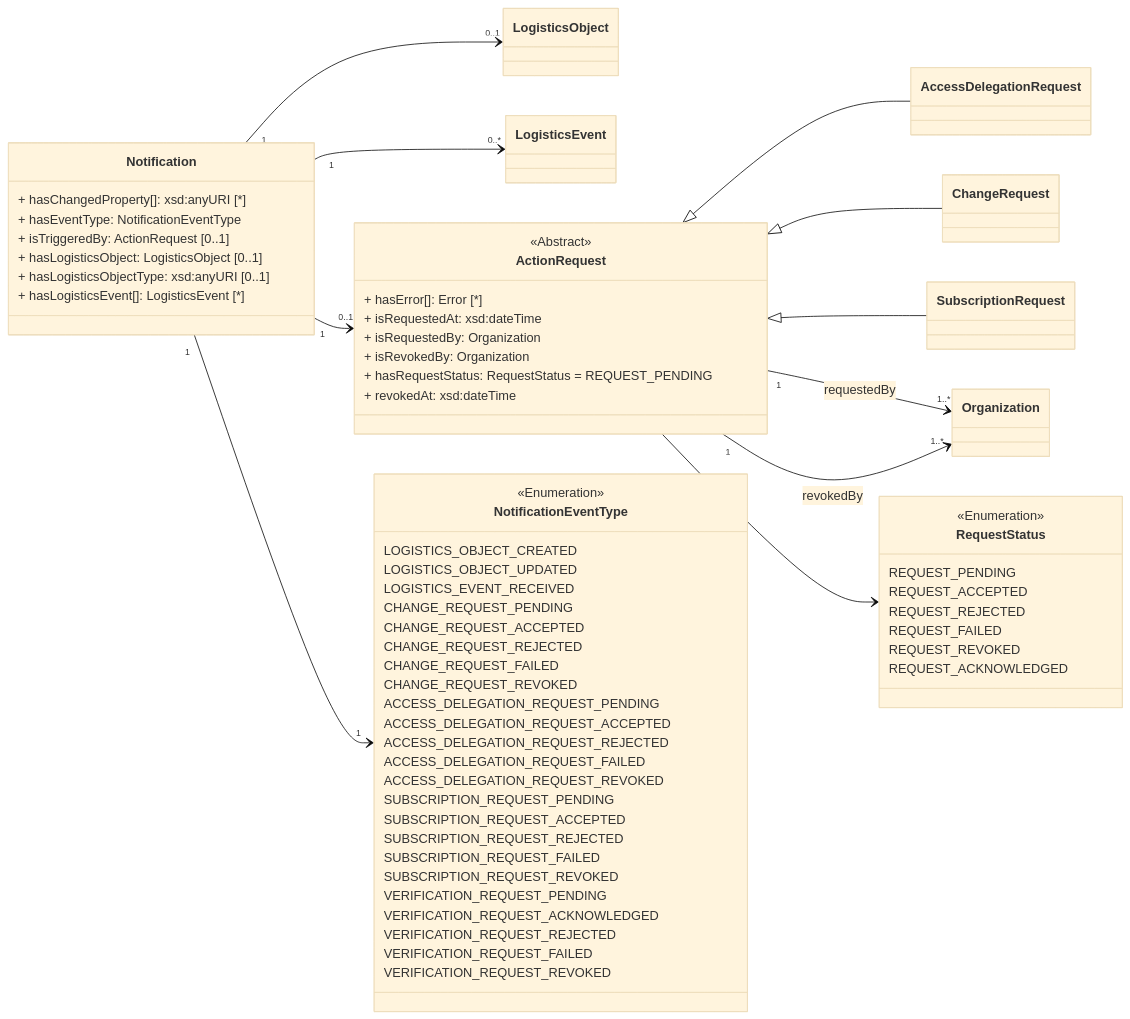
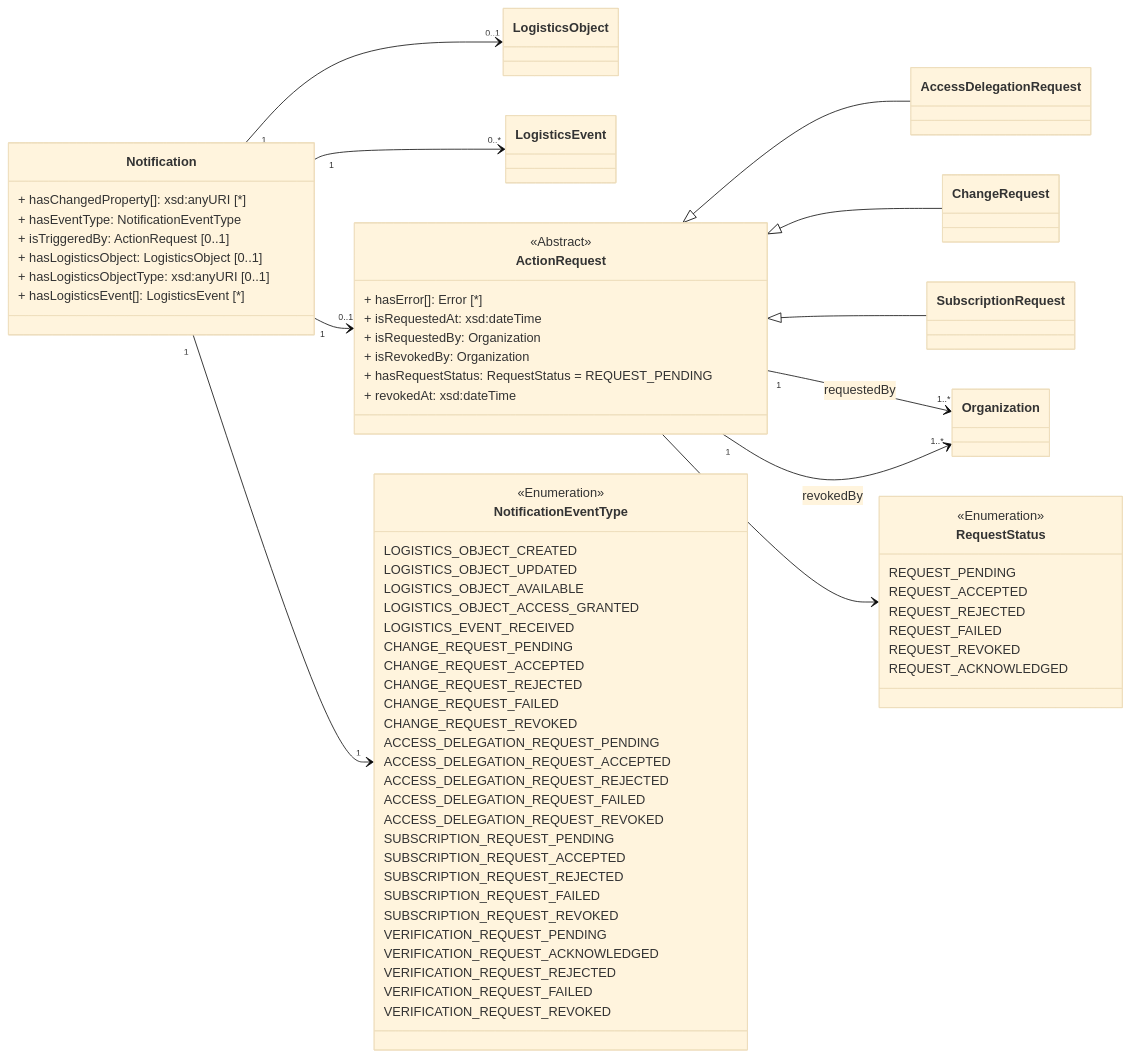
One commit to IATA-Cargo/ONE-Record changed the diagram in Documentation_website/docs/API-Security/notifications.md. Above: the diagram before and after it, drawn with Mermaid (base theme). The commit also changed 1 other file, not shown here.

Commit message:
Add NotificationEventType for access granted and Logistics Object availability #282

```diff
--- a/Documentation_website/docs/API-Security/notifications.md
+++ b/Documentation_website/docs/API-Security/notifications.md
@@ -70,6 +70,8 @@
         <<Enumeration>>
         LOGISTICS_OBJECT_CREATED
         LOGISTICS_OBJECT_UPDATED
+        LOGISTICS_OBJECT_AVAILABLE
+        LOGISTICS_OBJECT_ACCESS_GRANTED
 
         LOGISTICS_EVENT_RECEIVED
 
```
